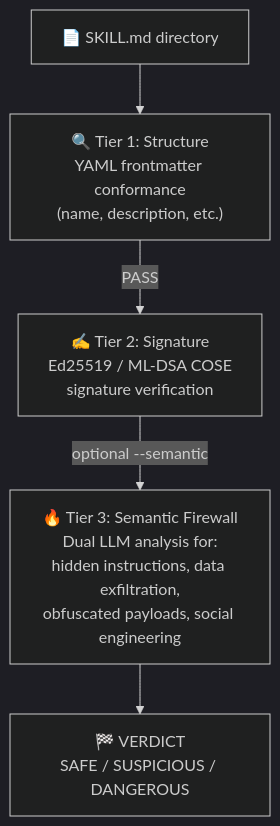
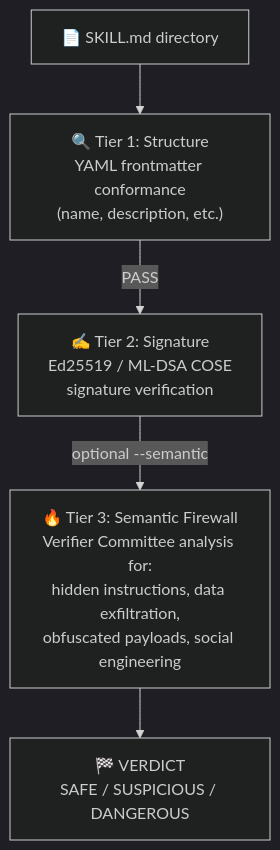
Before and after one commit to yosh95/llm-secure-cli: the diagram in docs/AGENT_SKILLS.md, drawn with Mermaid (dark theme). The commit also changed other lines of this file and 25 other files, not shown here.

First line of the commit message:
refactor: rename Dual LLM → Verifier across codebase

````diff
--- a/docs/AGENT_SKILLS.md
+++ b/docs/AGENT_SKILLS.md
@@ -41,11 +41,11 @@
 ```mermaid
 flowchart TD
     A["📄 SKILL.md directory"] --> B
     B["🔍 Tier 1: Structure<br/>YAML frontmatter conformance<br/>(name, description, etc.)"]
     B -->|PASS| C
     C["✍️ Tier 2: Signature<br/>Ed25519 / ML-DSA COSE<br/>signature verification"]
     C -->|"optional --semantic"| D
-    D["🔥 Tier 3: Semantic Firewall<br/>Dual LLM analysis for:<br/>hidden instructions, data exfiltration,<br/>obfuscated payloads, social engineering"]
+    D["🔥 Tier 3: Semantic Firewall<br/>Verifier Committee analysis for:<br/>hidden instructions, data exfiltration,<br/>obfuscated payloads, social engineering"]
     D --> E
     E["🏁 VERDICT<br/>SAFE / SUSPICIOUS / DANGEROUS"]
 ```
````
